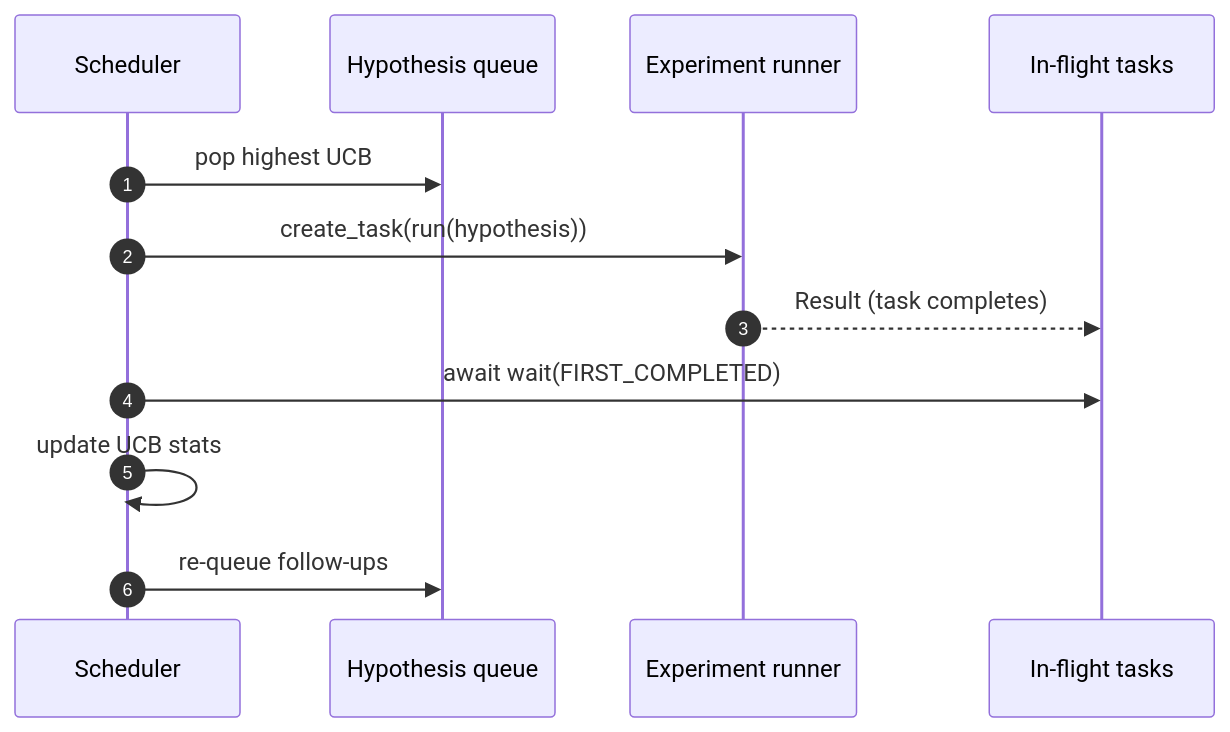
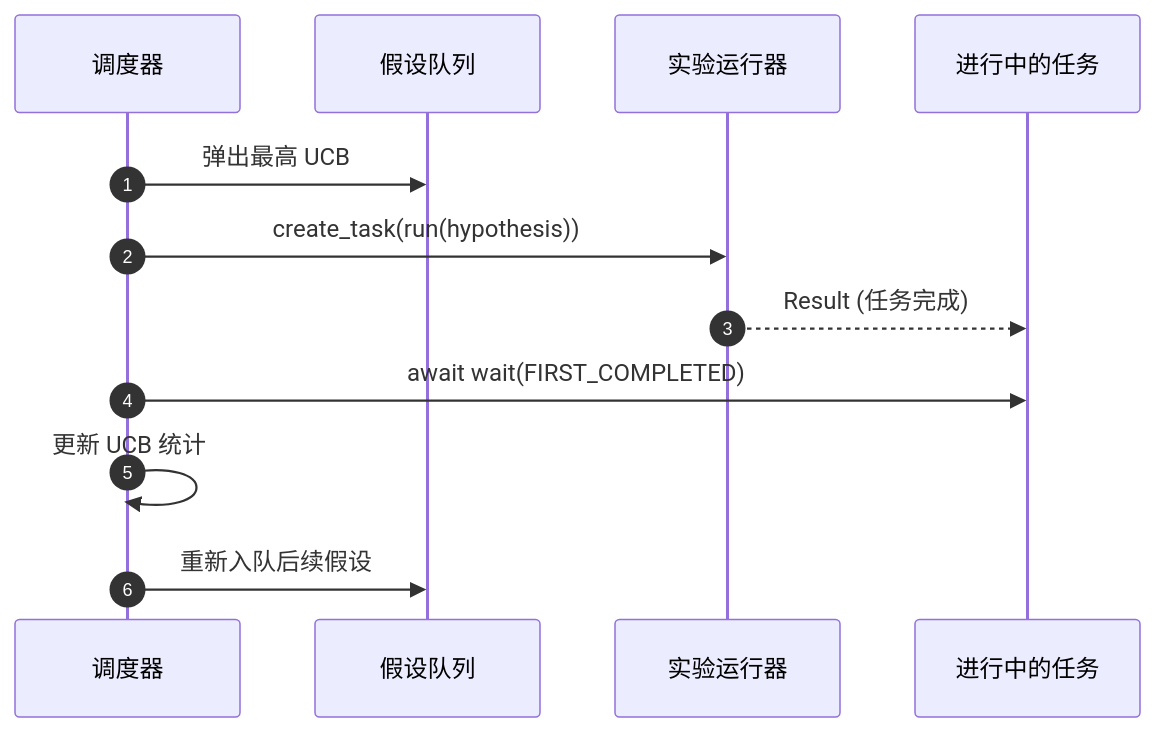
One commit to guangningsun/ailearning changed the third of 3 diagrams in lessons/19-capstone-projects/56-iteration-scheduler/docs/zh.md. Above: the diagram before and after it, drawn with Mermaid. The commit also changed other lines of this file and 85 other files, not shown here.

````diff
--- a/lessons/19-capstone-projects/56-iteration-scheduler/docs/zh.md
+++ b/lessons/19-capstone-projects/56-iteration-scheduler/docs/zh.md
@@ -72,14 +72,14 @@
 ```mermaid
 sequenceDiagram
     autonumber
-    participant S as Scheduler
-    participant Q as Hypothesis queue
-    participant R as Experiment runner
-    participant T as In-flight tasks
-    S->>Q: pop highest UCB
+    participant S as 调度器
+    participant Q as 假设队列
+    participant R as 实验运行器
+    participant T as 进行中的任务
+    S->>Q: 弹出最高 UCB
     S->>R: create_task(run(hypothesis))
-    R-->>T: Result (task completes)
+    R-->>T: Result (任务完成)
     S->>T: await wait(FIRST_COMPLETED)
-    S->>S: update UCB stats
-    S->>Q: re-queue follow-ups
+    S->>S: 更新 UCB 统计
+    S->>Q: 重新入队后续假设
 ```
````
